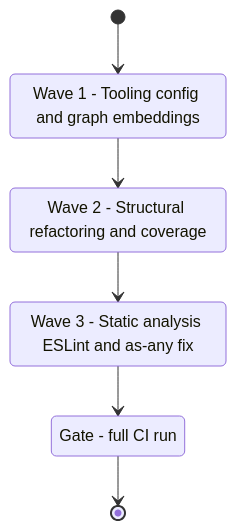
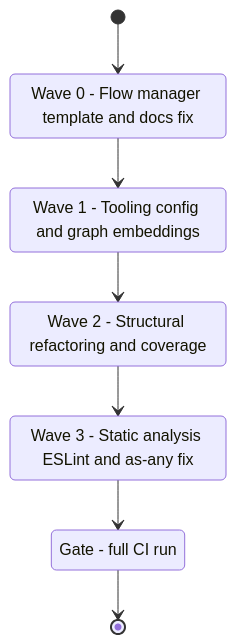
One commit to AlexAgo83/logics-manager changed the diagram in logics/tasks/task_134_wave_1_maintenance_hardening_graph_embeddings_coverage_and_static_analysis.md. Above: the diagram before and after it, drawn with Mermaid. The commit also changed other lines of this file and 3 other files, not shown here.

First line of the commit message:
Add req_177 and items 323-324: fix flow manager Derived from pattern

````diff
--- a/logics/tasks/task_134_wave_1_maintenance_hardening_graph_embeddings_coverage_and_static_analysis.md
+++ b/logics/tasks/task_134_wave_1_maintenance_hardening_graph_embeddings_coverage_and_static_analysis.md
@@ -18,14 +18,16 @@
 ```mermaid
 %% logics-kind: task
-%% logics-signature: task|wave-1-maintenance-hardening-graph-embed|item-313-fix-settings-hooks-format-and-i|wave-1-tooling-config-and-graph|wave-1-gate-code-review-graph-status-js
+%% logics-signature: task|wave-1-maintenance-hardening-graph-embed|item-313-fix-settings-hooks-format-and-i|wave-0-flow-manager-template-and|wave-1-gate-code-review-graph-status-js
 stateDiagram-v2
-    [*] --> Wave1
+    [*] --> Wave0
+    Wave0 : Wave 0 - Flow manager template and docs fix
+    Wave0 --> Wave1
     Wave1 : Wave 1 - Tooling config and graph embeddings
     Wave1 --> Wave2
     Wave2 : Wave 2 - Structural refactoring and coverage
     Wave2 --> Wave3
     Wave3 : Wave 3 - Static analysis ESLint and as-any fix
     Wave3 --> Gate
     Gate : Gate - full CI run
     Gate --> [*]
 ```
````
